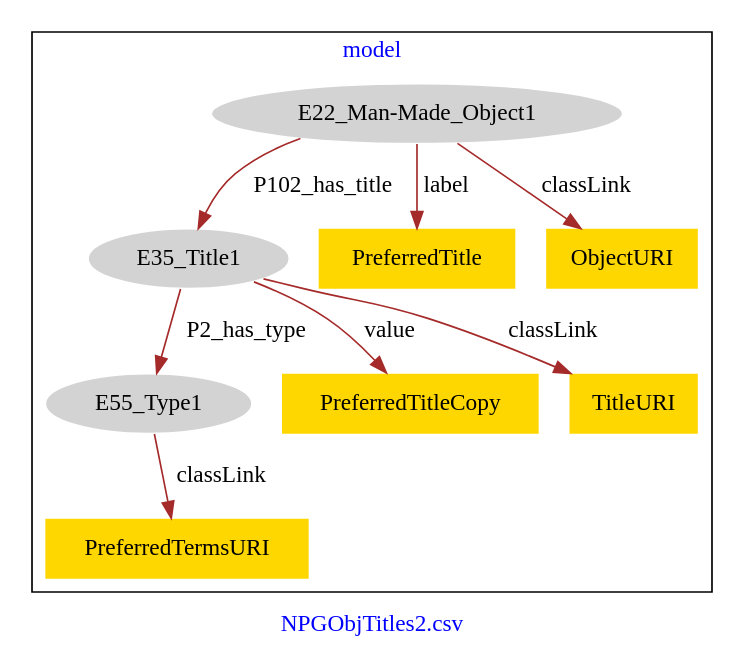
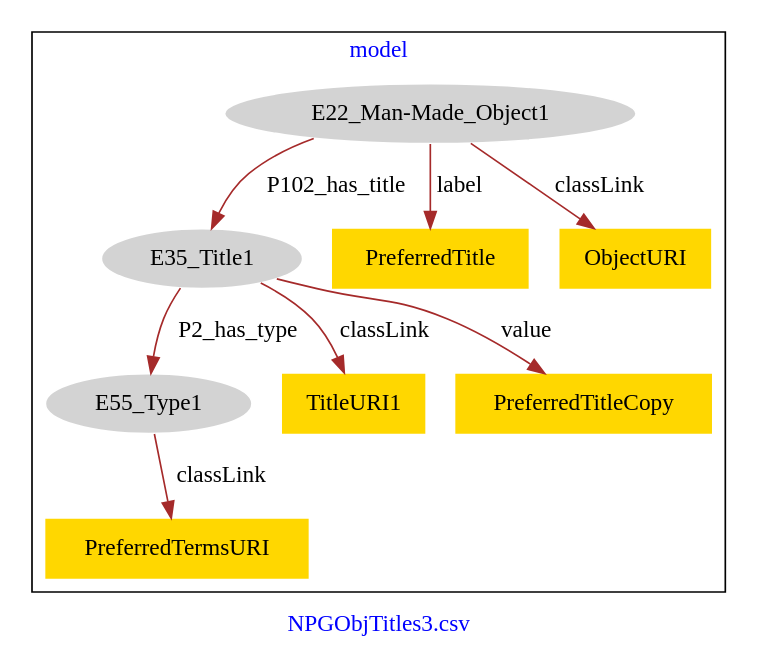
Before and after one commit to american-art/npg: the diagram in NPGObjTitles/NPGObjTitles2-model.dot, drawn with Graphviz.

Commit message:
Update file NPGObjTitles2-model.dot

```diff
--- a/NPGObjTitles/NPGObjTitles2-model.dot
+++ b/NPGObjTitles/NPGObjTitles2-model.dot
@@ -1,23 +1,23 @@
 digraph n0 {
 fontcolor="blue"
 remincross="true"
-label="NPGObjTitles2.csv"
+label="NPGObjTitles3.csv"
 subgraph cluster {
 label="model"
 n2[style="filled",color="white",fillcolor="lightgray",label="E22_Man-Made_Object1"];
 n3[style="filled",color="white",fillcolor="lightgray",label="E35_Title1"];
 n4[style="filled",color="white",fillcolor="lightgray",label="E55_Type1"];
 n5[shape="plaintext",style="filled",fillcolor="gold",label="PreferredTitle"];
-n6[shape="plaintext",style="filled",fillcolor="gold",label="PreferredTitleCopy"];
-n7[shape="plaintext",style="filled",fillcolor="gold",label="PreferredTermsURI"];
-n8[shape="plaintext",style="filled",fillcolor="gold",label="TitleURI"];
-n9[shape="plaintext",style="filled",fillcolor="gold",label="ObjectURI"];
+n6[shape="plaintext",style="filled",fillcolor="gold",label="PreferredTermsURI"];
+n7[shape="plaintext",style="filled",fillcolor="gold",label="TitleURI1"];
+n8[shape="plaintext",style="filled",fillcolor="gold",label="ObjectURI"];
+n9[shape="plaintext",style="filled",fillcolor="gold",label="PreferredTitleCopy"];
 }
 n2 -> n3[color="brown",fontcolor="black",label="P102_has_title"]
 n3 -> n4[color="brown",fontcolor="black",label="P2_has_type"]
 n2 -> n5[color="brown",fontcolor="black",label="label"]
-n3 -> n6[color="brown",fontcolor="black",label="value"]
-n4 -> n7[color="brown",fontcolor="black",label="classLink"]
-n3 -> n8[color="brown",fontcolor="black",label="classLink"]
-n2 -> n9[color="brown",fontcolor="black",label="classLink"]
+n4 -> n6[color="brown",fontcolor="black",label="classLink"]
+n3 -> n7[color="brown",fontcolor="black",label="classLink"]
+n2 -> n8[color="brown",fontcolor="black",label="classLink"]
+n3 -> n9[color="brown",fontcolor="black",label="value"]
 }
```
